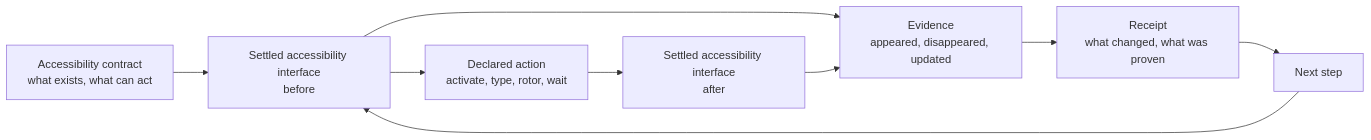
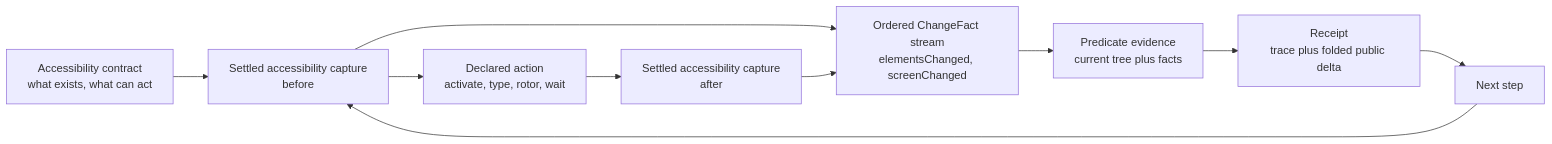
Before and after one commit to RoyalPineapple/TheButtonHeist: the diagram in docs/ACCESSIBILITY-CONTRACT.md, drawn with Mermaid. The commit also changed other lines of this file and 279 other files, not shown here.

Commit message:
Unify accessibility targets and observation facts

````diff
--- a/docs/ACCESSIBILITY-CONTRACT.md
+++ b/docs/ACCESSIBILITY-CONTRACT.md
@@ -47,19 +48,21 @@
 ```mermaid
 flowchart LR
     Contract["Accessibility contract<br/>what exists, what can act"]
-    Before["Settled accessibility interface<br/>before"]
+    Before["Settled accessibility capture<br/>before"]
     Action["Declared action<br/>activate, type, rotor, wait"]
-    After["Settled accessibility interface<br/>after"]
-    Evidence["Evidence<br/>appeared, disappeared, updated"]
-    Receipt["Receipt<br/>what changed, what was proven"]
+    After["Settled accessibility capture<br/>after"]
+    Facts["Ordered ChangeFact stream<br/>elementsChanged, screenChanged"]
+    Evidence["Predicate evidence<br/>current tree plus facts"]
+    Receipt["Receipt<br/>trace plus folded public delta"]
     Next["Next step"]
 
     Contract --> Before
     Before --> Action
     Action --> After
-    Before --> Evidence
-    After --> Evidence
+    Before --> Facts
+    After --> Facts
+    Facts --> Evidence
     Evidence --> Receipt
     Receipt --> Next
     Next --> Before
 ```
````
